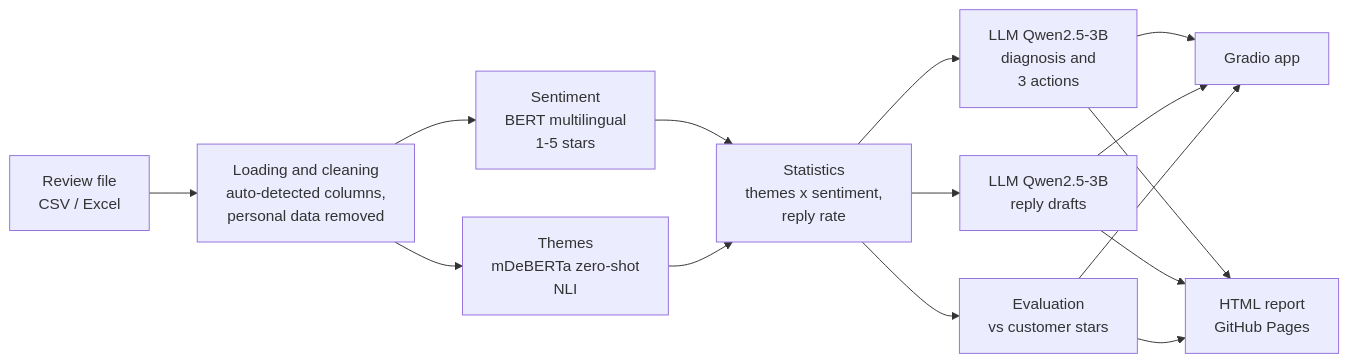
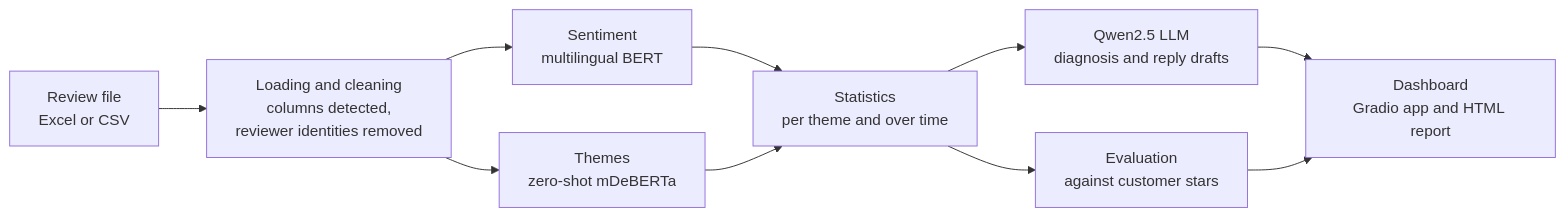
One commit to Monka31/reviewpulse changed the diagram in README.md. Above: the diagram before and after it, drawn with Mermaid. The commit also changed other lines of this file and 10 other files, not shown here.

````diff
--- a/README.md
+++ b/README.md
@@ -34,13 +39,12 @@
 ```mermaid
 flowchart LR
-    A[Review file<br/>CSV / Excel] --> B[Loading and cleaning<br/>auto-detected columns,<br/>personal data removed]
-    B --> C[Sentiment<br/>BERT multilingual<br/>1-5 stars]
-    B --> D[Themes<br/>mDeBERTa zero-shot<br/>NLI]
-    C --> E[Statistics<br/>themes x sentiment,<br/>reply rate]
+    A[Review file<br/>Excel or CSV] --> B[Loading and cleaning<br/>columns detected,<br/>reviewer identities removed]
+    B --> C[Sentiment<br/>multilingual BERT]
+    B --> D[Themes<br/>zero-shot mDeBERTa]
+    C --> E[Statistics<br/>per theme and over time]
     D --> E
-    E --> F[LLM Qwen2.5-3B<br/>diagnosis and<br/>3 actions]
-    E --> G[LLM Qwen2.5-3B<br/>reply drafts]
-    E --> H[Evaluation<br/>vs customer stars]
-    F & G & H --> I[Gradio app]
-    F & G & H --> J[HTML report<br/>GitHub Pages]
+    E --> F[Qwen2.5 LLM<br/>diagnosis and reply drafts]
+    E --> G[Evaluation<br/>against customer stars]
+    F --> H[Dashboard<br/>Gradio app and HTML report]
+    G --> H
 ```
````
